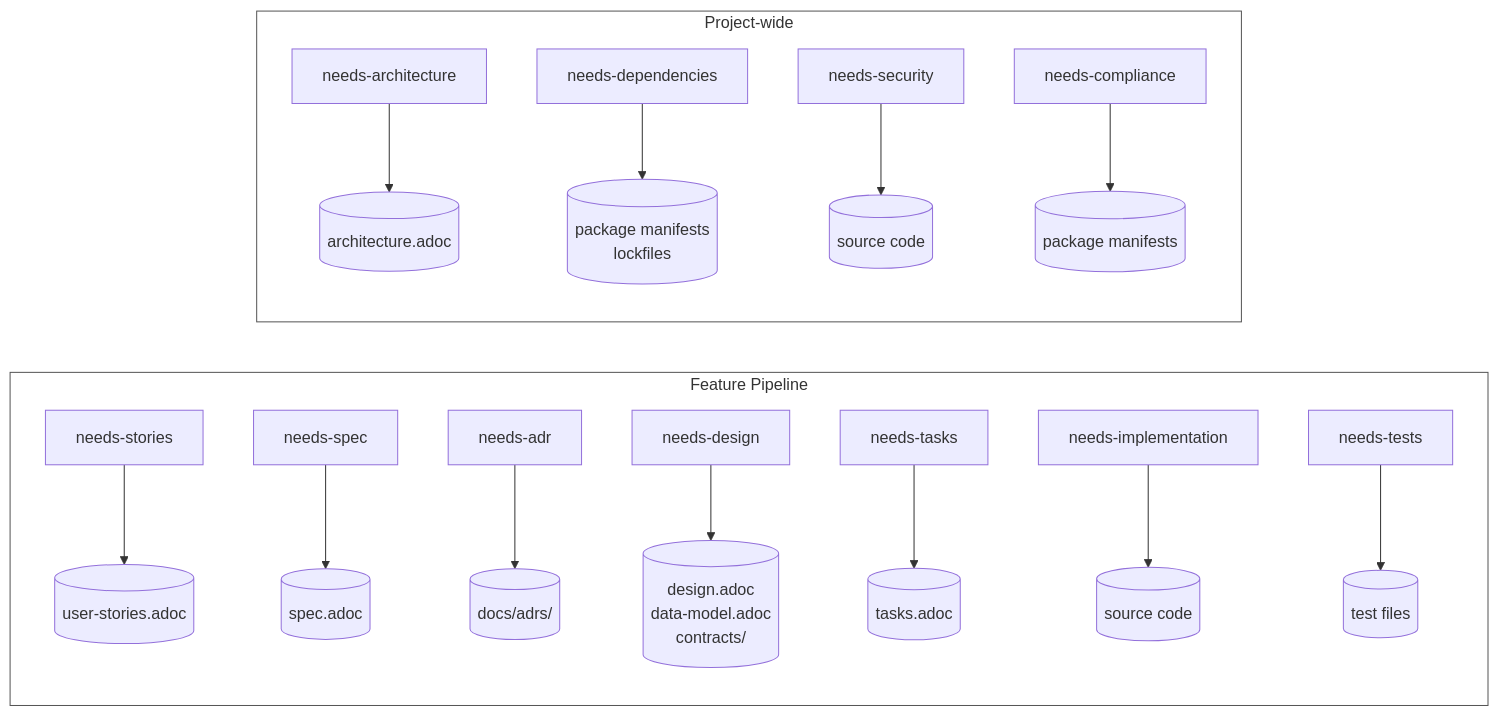
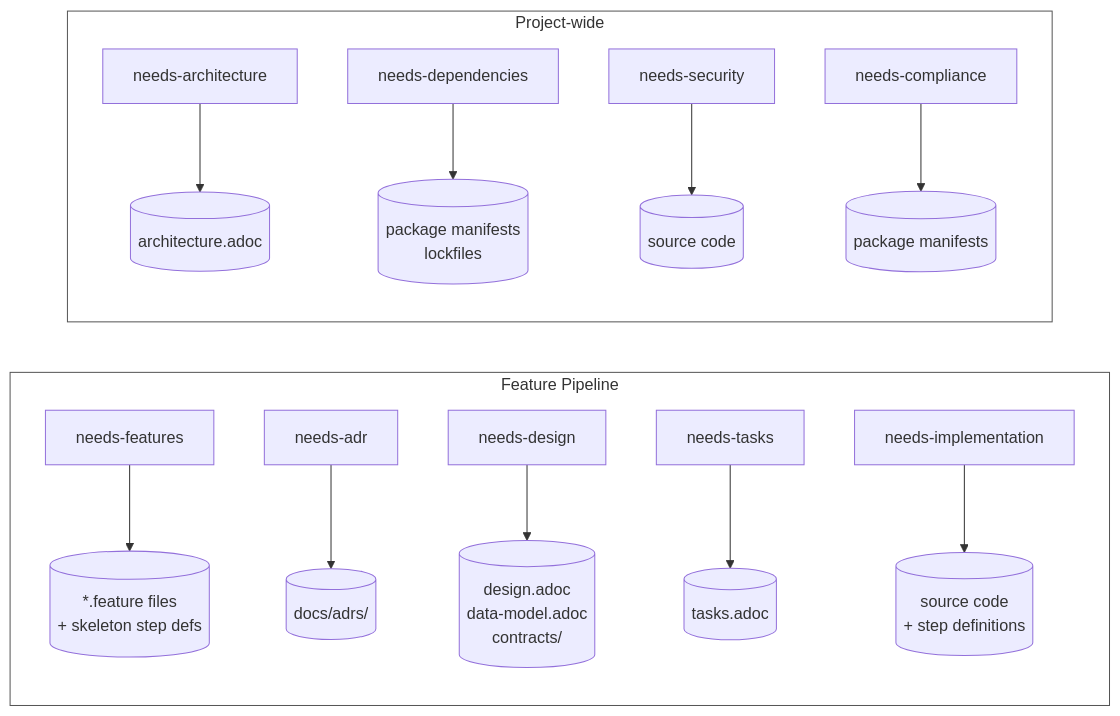
One commit to provenimpact/proven-needs changed the third of 6 diagrams in README.md. Above: the diagram before and after it, drawn with Mermaid. The commit also changed other lines of this file and 18 other files, not shown here.

First line of the commit message:
feat!: replace stories, spec, and tests with unified Gherkin feature files

````diff
--- a/README.md
+++ b/README.md
@@ -124,22 +117,20 @@
 ```mermaid
 flowchart LR
     subgraph feature ["Feature Pipeline"]
-        NS["needs-stories"] --> STORIES[("user-stories.adoc")]
-        NSP["needs-spec"] --> SPEC[("spec.adoc")]
+        NF["needs-features"] --> FEAT[("*.feature files<br/>+ skeleton step defs")]
         NADR["needs-adr"] --> ADRS[("docs/adrs/")]
         ND["needs-design"] --> DESIGN[("design.adoc<br/>data-model.adoc<br/>contracts/")]
         NT["needs-tasks"] --> TASKS[("tasks.adoc")]
-        NI["needs-implementation"] --> CODE[("source code")]
-        NTS["needs-tests"] --> TESTFILES[("test files")]
+        NI["needs-implementation"] --> CODE[("source code<br/>+ step definitions")]
     end
 
     subgraph project ["Project-wide"]
         NARCH["needs-architecture"] --> ARCH[("architecture.adoc")]
         NDEPS["needs-dependencies"] --> DEPS[("package manifests<br/>lockfiles")]
         NSEC["needs-security"] --> CODE2[("source code")]
         NCOMP["needs-compliance"] --> DEPS2[("package manifests")]
     end
 
     style feature fill:transparent,stroke:#555,stroke-width:1px
     style project fill:transparent,stroke:#555,stroke-width:1px
 ```
````
